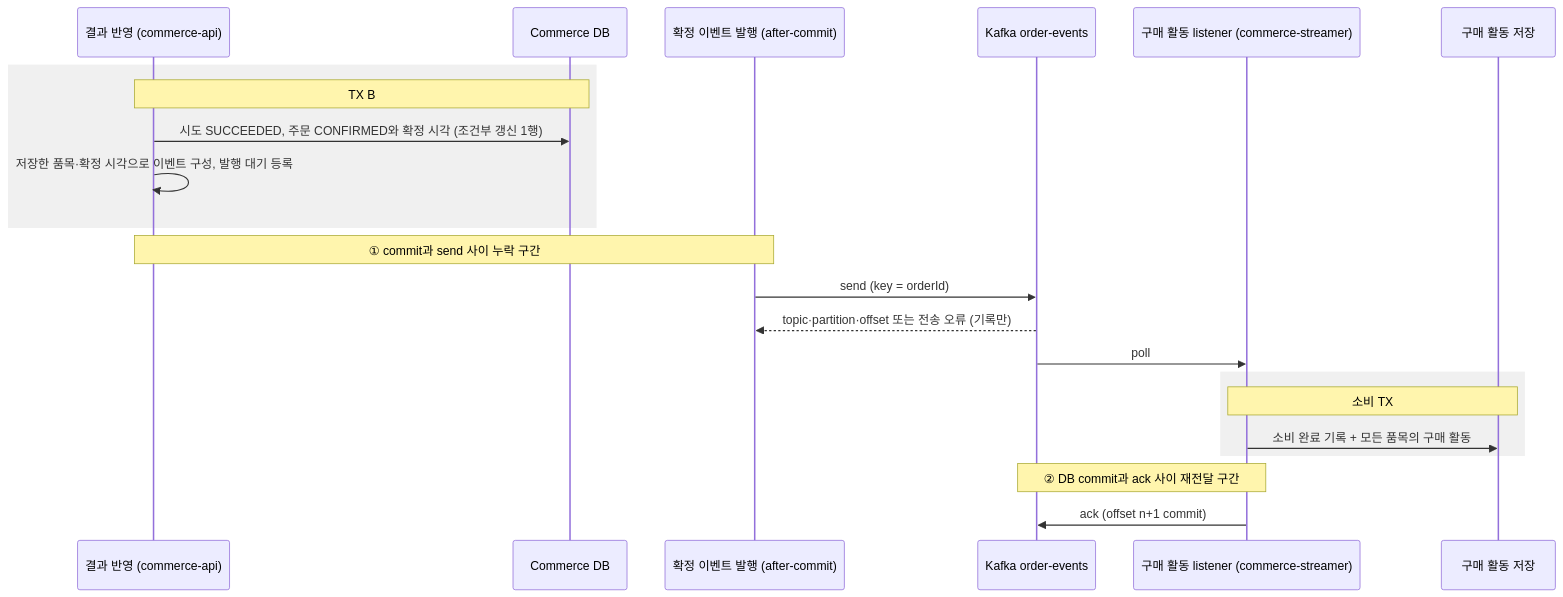
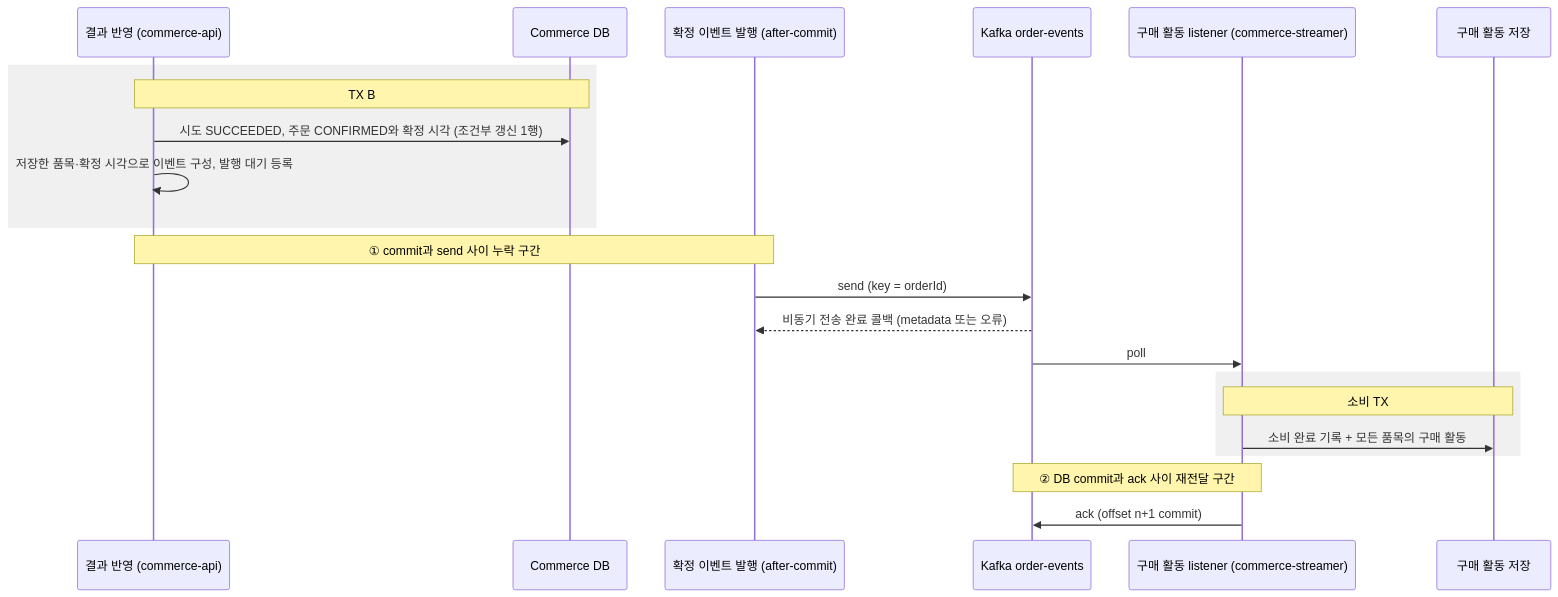
Before and after one commit to loopers-labs/loop-pack-be-l2-vol5-java: the diagram in docs/system-design/use-cases/order-confirmed-event.md, drawn with Mermaid. The commit also changed other lines of this file and 8 other files, not shown here.

````diff
--- a/docs/system-design/use-cases/order-confirmed-event.md
+++ b/docs/system-design/use-cases/order-confirmed-event.md
@@ -23,25 +23,25 @@
 ```mermaid
 sequenceDiagram
     participant Result as 결과 반영 (commerce-api)
     participant DB as Commerce DB
     participant Publisher as 확정 이벤트 발행 (after-commit)
     participant Kafka as Kafka order-events
     participant Listener as 구매 활동 listener (commerce-streamer)
     participant ADB as 구매 활동 저장
 
     rect rgba(128, 128, 128, 0.12)
         Note over Result,DB: TX B
         Result->>DB: 시도 SUCCEEDED, 주문 CONFIRMED와 확정 시각 (조건부 갱신 1행)
         Result->>Result: 저장한 품목·확정 시각으로 이벤트 구성, 발행 대기 등록
     end
     Note over Result,Publisher: ① commit과 send 사이 누락 구간
     Publisher->>Kafka: send (key = orderId)
-    Kafka-->>Publisher: topic·partition·offset 또는 전송 오류 (기록만)
+    Kafka-->>Publisher: 비동기 전송 완료 콜백 (metadata 또는 오류)
     Kafka->>Listener: poll
     rect rgba(128, 128, 128, 0.12)
         Note over Listener,ADB: 소비 TX
         Listener->>ADB: 소비 완료 기록 + 모든 품목의 구매 활동
     end
     Note over Listener,Kafka: ② DB commit과 ack 사이 재전달 구간
     Listener->>Kafka: ack (offset n+1 commit)
 ```
````
